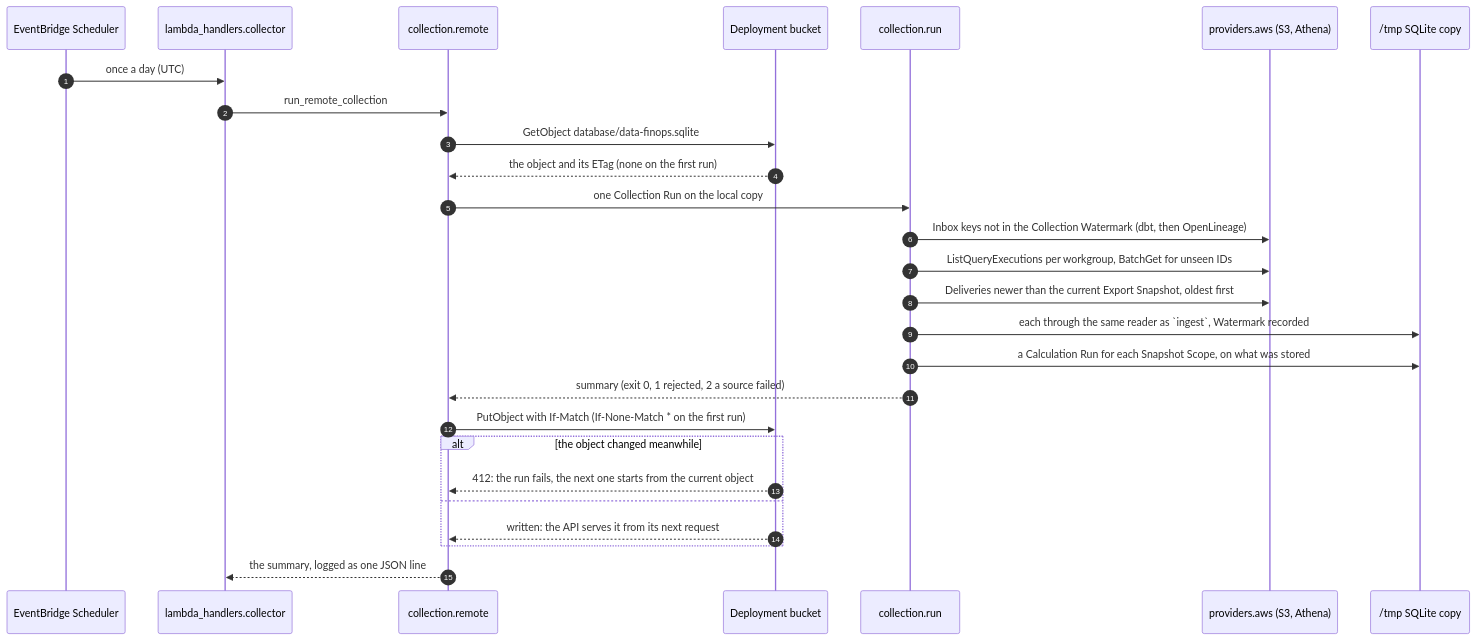
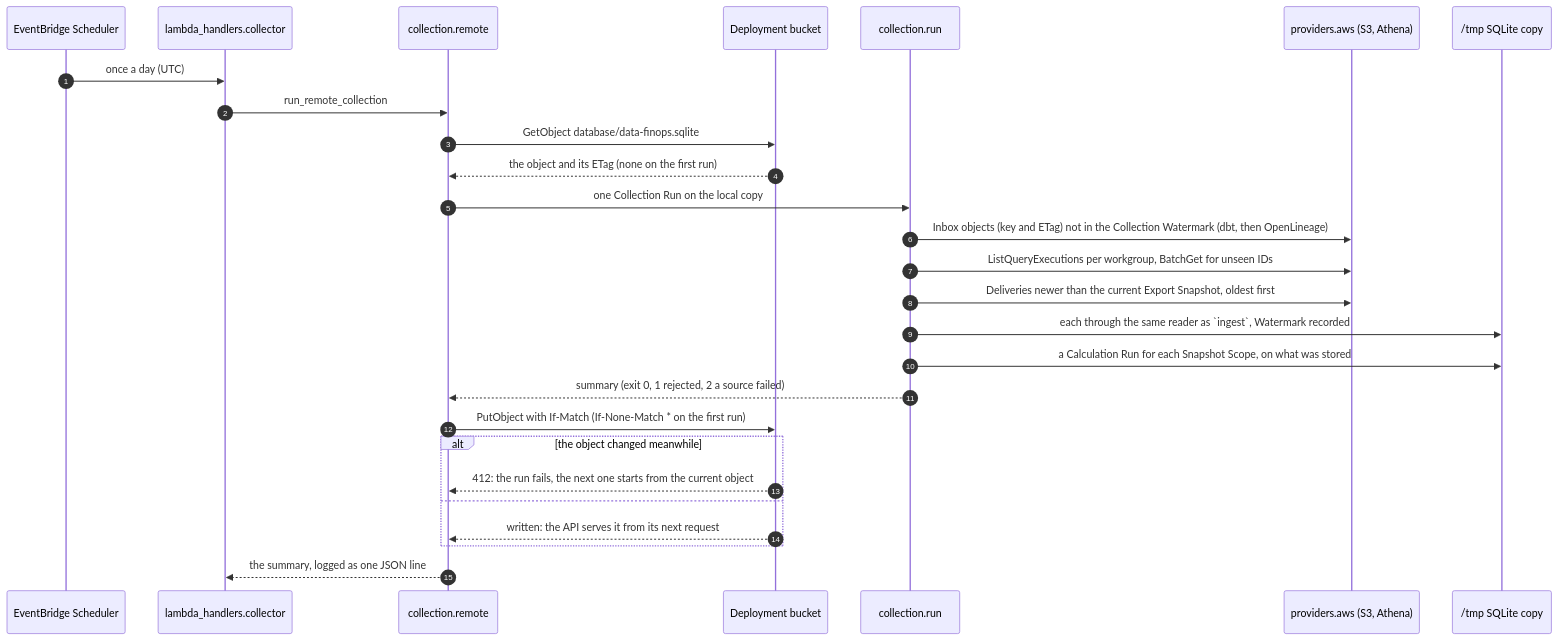
The fifth of 5 diagrams in docs/architecture/README.md (apmalong/data-finops), drawn with Mermaid before and after one commit. The commit also changed other lines of this file and 11 other files, not shown here.

````diff
--- a/docs/architecture/README.md
+++ b/docs/architecture/README.md
@@ -244,29 +244,29 @@
 ```mermaid
 sequenceDiagram
     autonumber
     participant Sch as EventBridge Scheduler
     participant Col as lambda_handlers.collector
     participant Rem as collection.remote
     participant S3 as Deployment bucket
     participant Run as collection.run
     participant AWS as providers.aws (S3, Athena)
     participant DB as /tmp SQLite copy
     Sch->>Col: once a day (UTC)
     Col->>Rem: run_remote_collection
     Rem->>S3: GetObject database/data-finops.sqlite
     S3-->>Rem: the object and its ETag (none on the first run)
     Rem->>Run: one Collection Run on the local copy
-    Run->>AWS: Inbox keys not in the Collection Watermark (dbt, then OpenLineage)
+    Run->>AWS: Inbox objects (key and ETag) not in the Collection Watermark (dbt, then OpenLineage)
     Run->>AWS: ListQueryExecutions per workgroup, BatchGet for unseen IDs
     Run->>AWS: Deliveries newer than the current Export Snapshot, oldest first
     Run->>DB: each through the same reader as `ingest`, Watermark recorded
     Run->>DB: a Calculation Run for each Snapshot Scope, on what was stored
     Run-->>Rem: summary (exit 0, 1 rejected, 2 a source failed)
     Rem->>S3: PutObject with If-Match (If-None-Match * on the first run)
     alt the object changed meanwhile
         S3-->>Rem: 412: the run fails, the next one starts from the current object
     else
         S3-->>Rem: written: the API serves it from its next request
     end
     Rem-->>Col: the summary, logged as one JSON line
 ```
````
